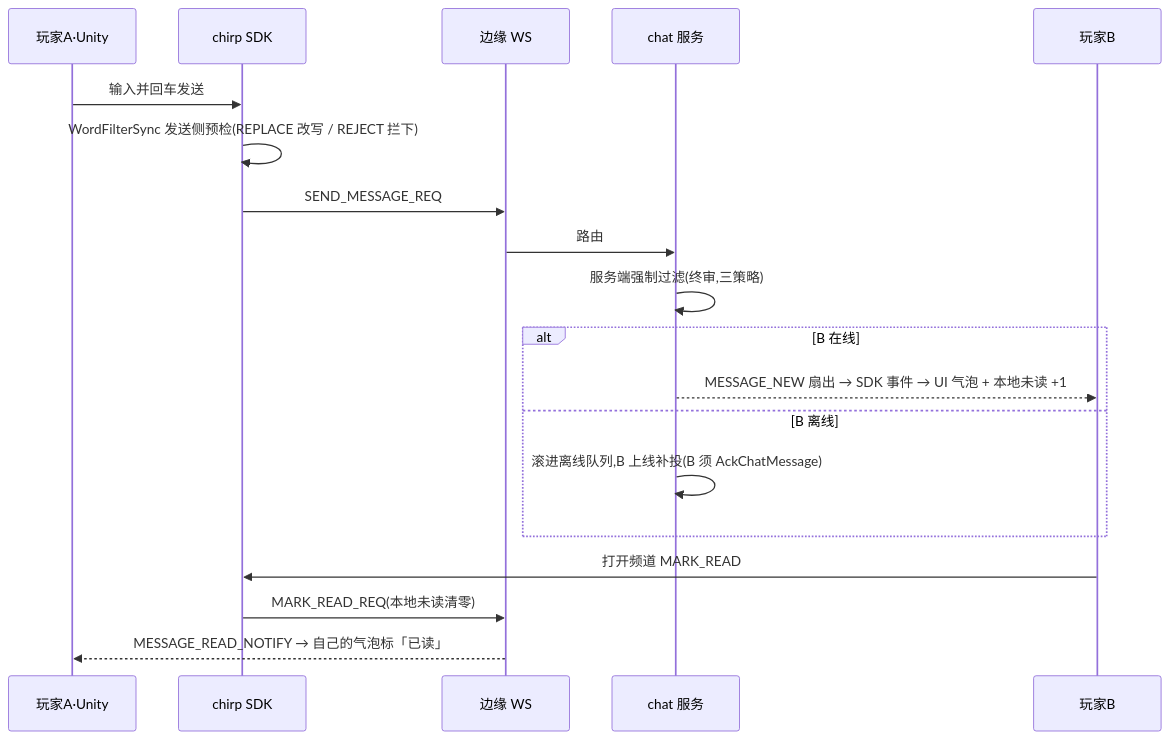
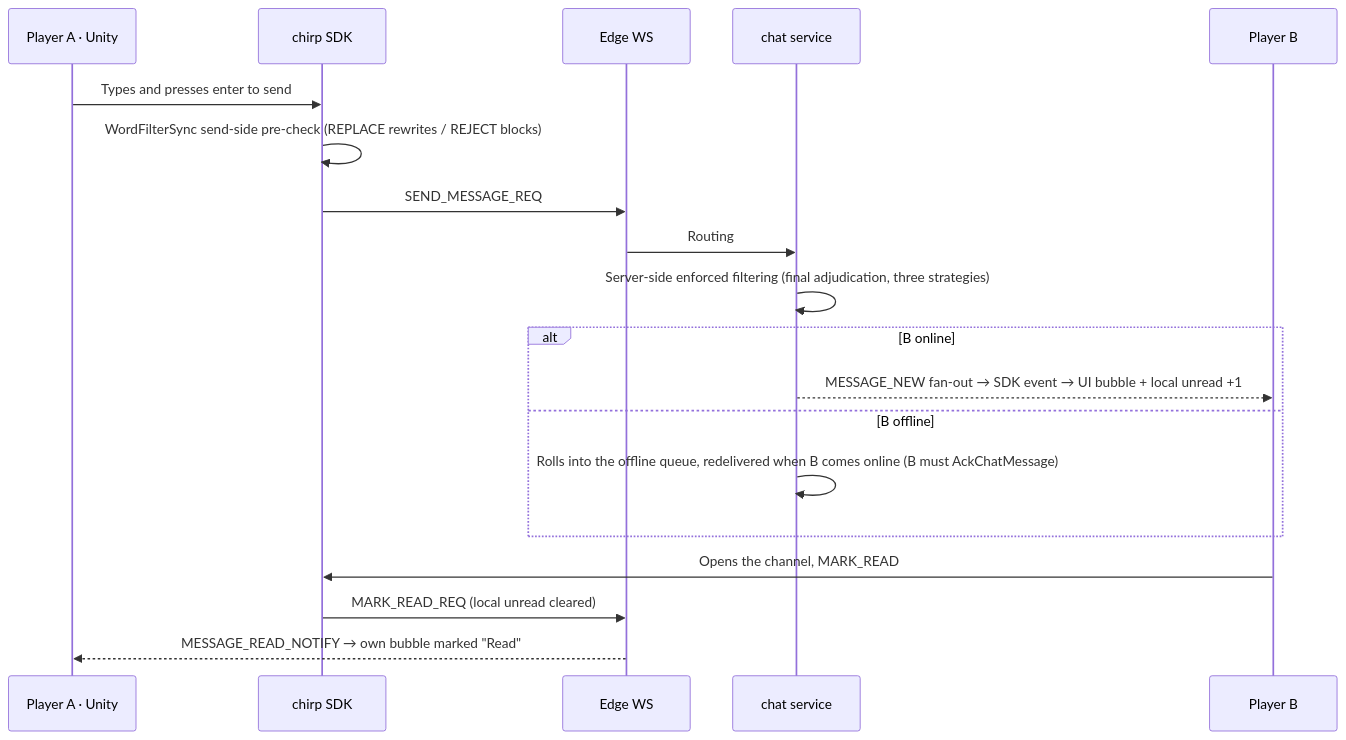
The third of 4 diagrams in docs/design-notes/app_chat_prototype.md (cuihairu/chirp), drawn with Mermaid before and after one commit. The commit also changed other lines of this file and 146 other files, not shown here.

````diff
--- a/docs/design-notes/app_chat_prototype.md
+++ b/docs/design-notes/app_chat_prototype.md
@@ -182,22 +185,22 @@
 ```mermaid
 sequenceDiagram
-    participant A as 玩家A·Unity
+    participant A as Player A · Unity
     participant S as chirp SDK
-    participant E as 边缘 WS
-    participant C as chat 服务
-    participant B as 玩家B
+    participant E as Edge WS
+    participant C as chat service
+    participant B as Player B
 
-    A->>S: 输入并回车发送
-    S->>S: WordFilterSync 发送侧预检(REPLACE 改写 / REJECT 拦下)
+    A->>S: Types and presses enter to send
+    S->>S: WordFilterSync send-side pre-check (REPLACE rewrites / REJECT blocks)
     S->>E: SEND_MESSAGE_REQ
-    E->>C: 路由
-    C->>C: 服务端强制过滤(终审,三策略)
-    alt B 在线
-        C-->>B: MESSAGE_NEW 扇出 → SDK 事件 → UI 气泡 + 本地未读 +1
-    else B 离线
-        C->>C: 滚进离线队列,B 上线补投(B 须 AckChatMessage)
+    E->>C: Routing
+    C->>C: Server-side enforced filtering (final adjudication, three strategies)
+    alt B online
+        C-->>B: MESSAGE_NEW fan-out → SDK event → UI bubble + local unread +1
+    else B offline
+        C->>C: Rolls into the offline queue, redelivered when B comes online (B must AckChatMessage)
     end
-    B->>S: 打开频道 MARK_READ
-    S->>E: MARK_READ_REQ(本地未读清零)
-    E-->>A: MESSAGE_READ_NOTIFY → 自己的气泡标「已读」
+    B->>S: Opens the channel, MARK_READ
+    S->>E: MARK_READ_REQ (local unread cleared)
+    E-->>A: MESSAGE_READ_NOTIFY → own bubble marked "Read"
 ```
````
